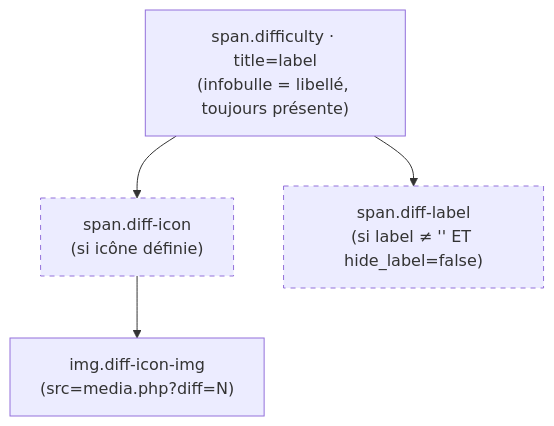
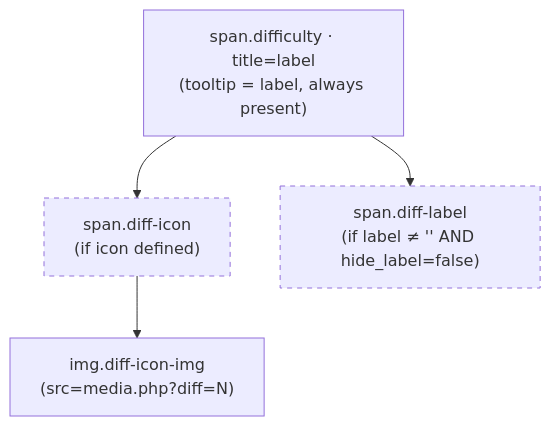
The fourth of 6 diagrams in RECIPE_DOM.md (ppoilbarbe/PBRecipe), drawn with Mermaid before and after one commit. The commit also changed other lines of this file and 8 other files, not shown here.

````diff
--- a/RECIPE_DOM.md
+++ b/RECIPE_DOM.md
@@ -102,11 +102,11 @@
 ```mermaid
 graph TD
     classDef opt stroke-dasharray:5 5
 
-    diff["span.difficulty · title=label\n(infobulle = libellé, toujours présente)"]
+    diff["span.difficulty · title=label\n(tooltip = label, always present)"]
 
-    diff --> icon["span.diff-icon\n(si icône définie)"]:::opt
-    diff --> label["span.diff-label\n(si label ≠ '' ET hide_label=false)"]:::opt
+    diff --> icon["span.diff-icon\n(if icon defined)"]:::opt
+    diff --> label["span.diff-label\n(if label ≠ '' AND hide_label=false)"]:::opt
 
     icon --> img["img.diff-icon-img\n(src=media.php?diff=N)"]
 ```
````
